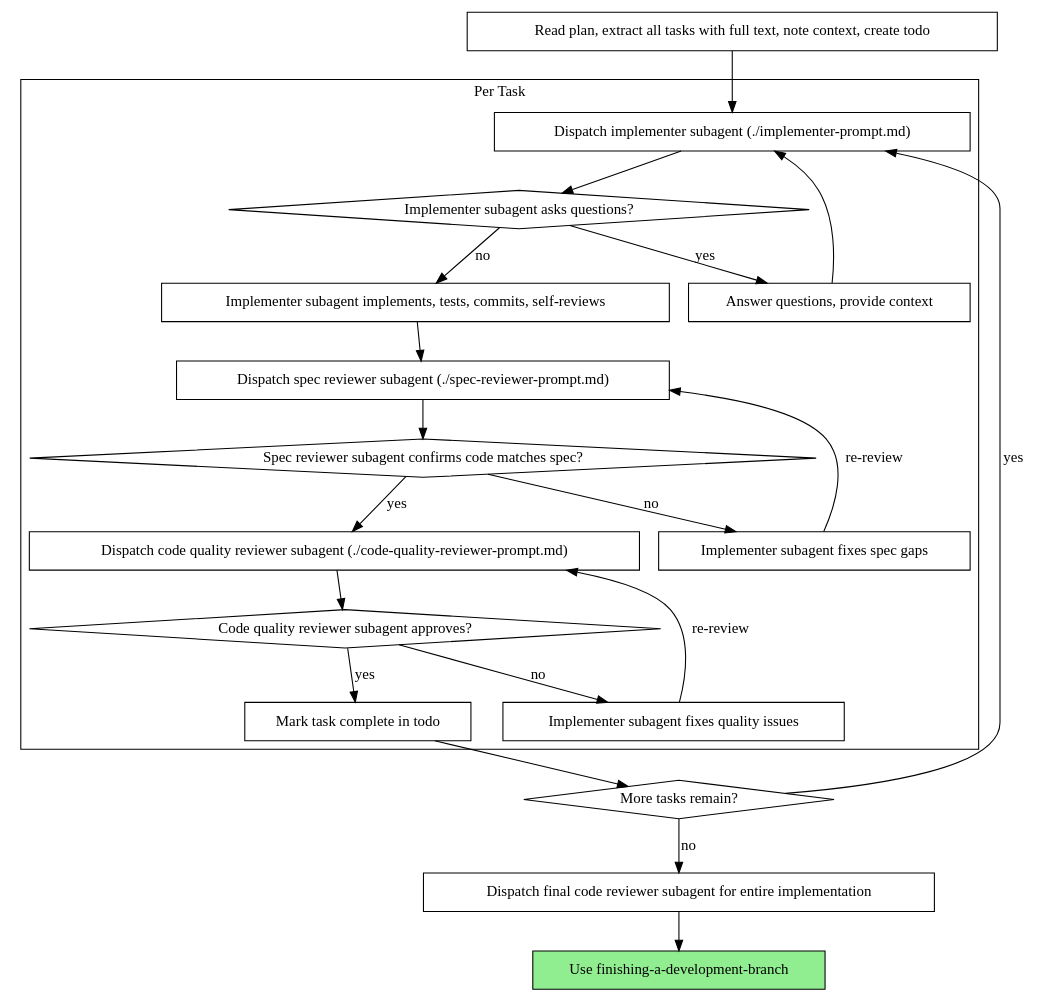
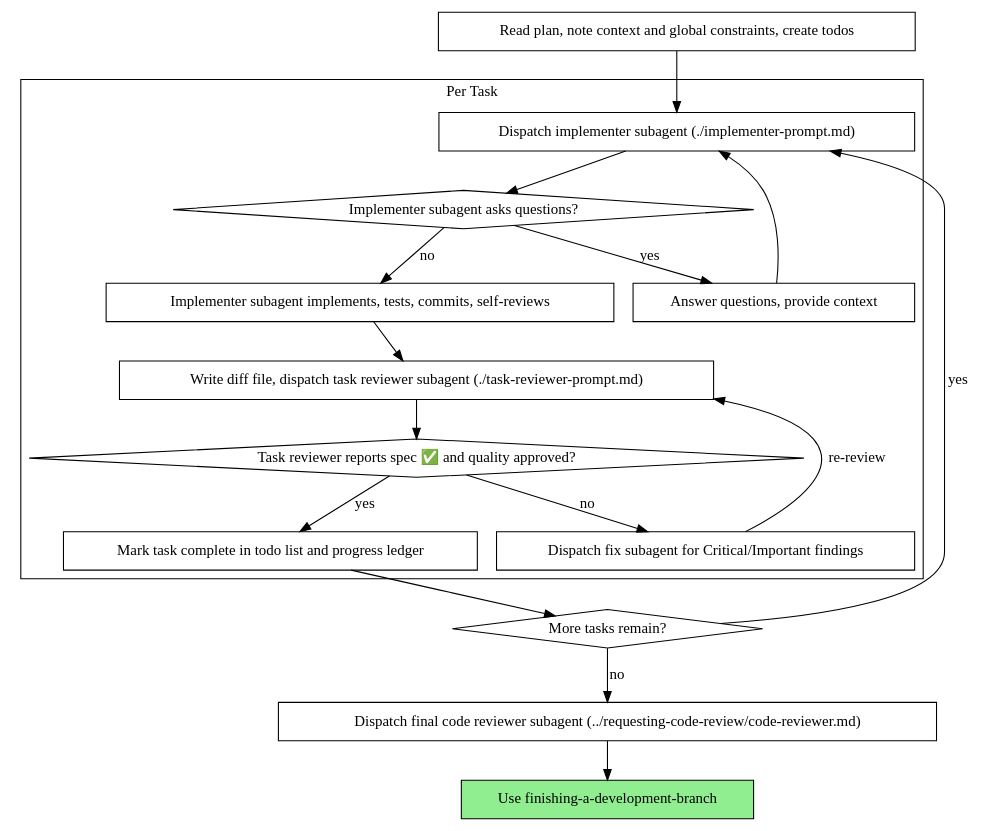
The second of 2 diagrams in pi-skills/skills/subagent-driven-development/SKILL.md (linzhihui2022/ly-pi), drawn with Graphviz before and after one commit. The commit also changed other lines of this file and 8 other files, not shown here.

First line of the commit message:
refactor(subagent-driven-development): sync upstream major refactor

````diff
--- a/pi-skills/skills/subagent-driven-development/SKILL.md
+++ b/pi-skills/skills/subagent-driven-development/SKILL.md
@@ -44,44 +47,37 @@
 ```dot
 digraph process {
     rankdir=TB;
 
     subgraph cluster_per_task {
         label="Per Task";
         "Dispatch implementer subagent (./implementer-prompt.md)" [shape=box];
         "Implementer subagent asks questions?" [shape=diamond];
         "Answer questions, provide context" [shape=box];
         "Implementer subagent implements, tests, commits, self-reviews" [shape=box];
-        "Dispatch spec reviewer subagent (./spec-reviewer-prompt.md)" [shape=box];
-        "Spec reviewer subagent confirms code matches spec?" [shape=diamond];
-        "Implementer subagent fixes spec gaps" [shape=box];
-        "Dispatch code quality reviewer subagent (./code-quality-reviewer-prompt.md)" [shape=box];
-        "Code quality reviewer subagent approves?" [shape=diamond];
-        "Implementer subagent fixes quality issues" [shape=box];
-        "Mark task complete in todo" [shape=box];
+        "Write diff file, dispatch task reviewer subagent (./task-reviewer-prompt.md)" [shape=box];
+        "Task reviewer reports spec ✅ and quality approved?" [shape=diamond];
+        "Dispatch fix subagent for Critical/Important findings" [shape=box];
+        "Mark task complete in todo list and progress ledger" [shape=box];
     }
 
-    "Read plan, extract all tasks with full text, note context, create todo" [shape=box];
+    "Read plan, note context and global constraints, create todos" [shape=box];
     "More tasks remain?" [shape=diamond];
-    "Dispatch final code reviewer subagent for entire implementation" [shape=box];
+    "Dispatch final code reviewer subagent (../requesting-code-review/code-reviewer.md)" [shape=box];
     "Use finishing-a-development-branch" [shape=box style=filled fillcolor=lightgreen];
 
-    "Read plan, extract all tasks with full text, note context, create todo" -> "Dispatch implementer subagent (./implementer-prompt.md)";
+    "Read plan, note context and global constraints, create todos" -> "Dispatch implementer subagent (./implementer-prompt.md)";
     "Dispatch implementer subagent (./implementer-prompt.md)" -> "Implementer subagent asks questions?";
     "Implementer subagent asks questions?" -> "Answer questions, provide context" [label="yes"];
     "Answer questions, provide context" -> "Dispatch implementer subagent (./implementer-prompt.md)";
     "Implementer subagent asks questions?" -> "Implementer subagent implements, tests, commits, self-reviews" [label="no"];
-    "Implementer subagent implements, tests, commits, self-reviews" -> "Dispatch spec reviewer subagent (./spec-reviewer-prompt.md)";
-    "Dispatch spec reviewer subagent (./spec-reviewer-prompt.md)" -> "Spec reviewer subagent confirms code matches spec?";
-    "Spec reviewer subagent confirms code matches spec?" -> "Implementer subagent fixes spec gaps" [label="no"];
-    "Implementer subagent fixes spec gaps" -> "Dispatch spec reviewer subagent (./spec-reviewer-prompt.md)" [label="re-review"];
-    "Spec reviewer subagent confirms code matches spec?" -> "Dispatch code quality reviewer subagent (./code-quality-reviewer-prompt.md)" [label="yes"];
-    "Dispatch code quality reviewer subagent (./code-quality-reviewer-prompt.md)" -> "Code quality reviewer subagent approves?";
-    "Code quality reviewer subagent approves?" -> "Implementer subagent fixes quality issues" [label="no"];
-    "Implementer subagent fixes quality issues" -> "Dispatch code quality reviewer subagent (./code-quality-reviewer-prompt.md)" [label="re-review"];
-    "Code quality reviewer subagent approves?" -> "Mark task complete in todo" [label="yes"];
-    "Mark task complete in todo" -> "More tasks remain?";
+    "Implementer subagent implements, tests, commits, self-reviews" -> "Write diff file, dispatch task reviewer subagent (./task-reviewer-prompt.md)";
+    "Write diff file, dispatch task reviewer subagent (./task-reviewer-prompt.md)" -> "Task reviewer reports spec ✅ and quality approved?";
+    "Task reviewer reports spec ✅ and quality approved?" -> "Dispatch fix subagent for Critical/Important findings" [label="no"];
+    "Dispatch fix subagent for Critical/Important findings" -> "Write diff file, dispatch task reviewer subagent (./task-reviewer-prompt.md)" [label="re-review"];
+    "Task reviewer reports spec ✅ and quality approved?" -> "Mark task complete in todo list and progress ledger" [label="yes"];
+    "Mark task complete in todo list and progress ledger" -> "More tasks remain?";
     "More tasks remain?" -> "Dispatch implementer subagent (./implementer-prompt.md)" [label="yes"];
-    "More tasks remain?" -> "Dispatch final code reviewer subagent for entire implementation" [label="no"];
-    "Dispatch final code reviewer subagent for entire implementation" -> "Use finishing-a-development-branch";
+    "More tasks remain?" -> "Dispatch final code reviewer subagent (../requesting-code-review/code-reviewer.md)" [label="no"];
+    "Dispatch final code reviewer subagent (../requesting-code-review/code-reviewer.md)" -> "Use finishing-a-development-branch";
 }
 ```
````
